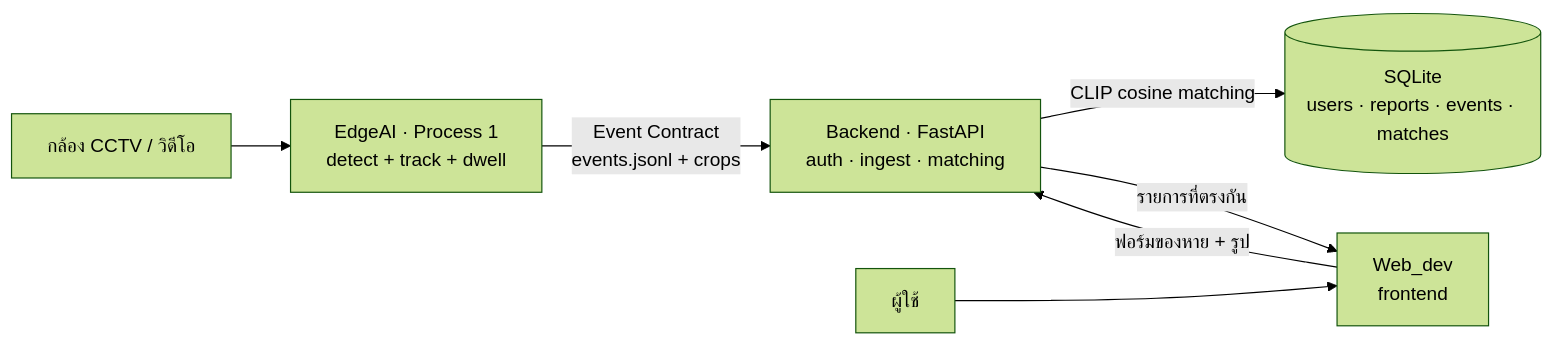
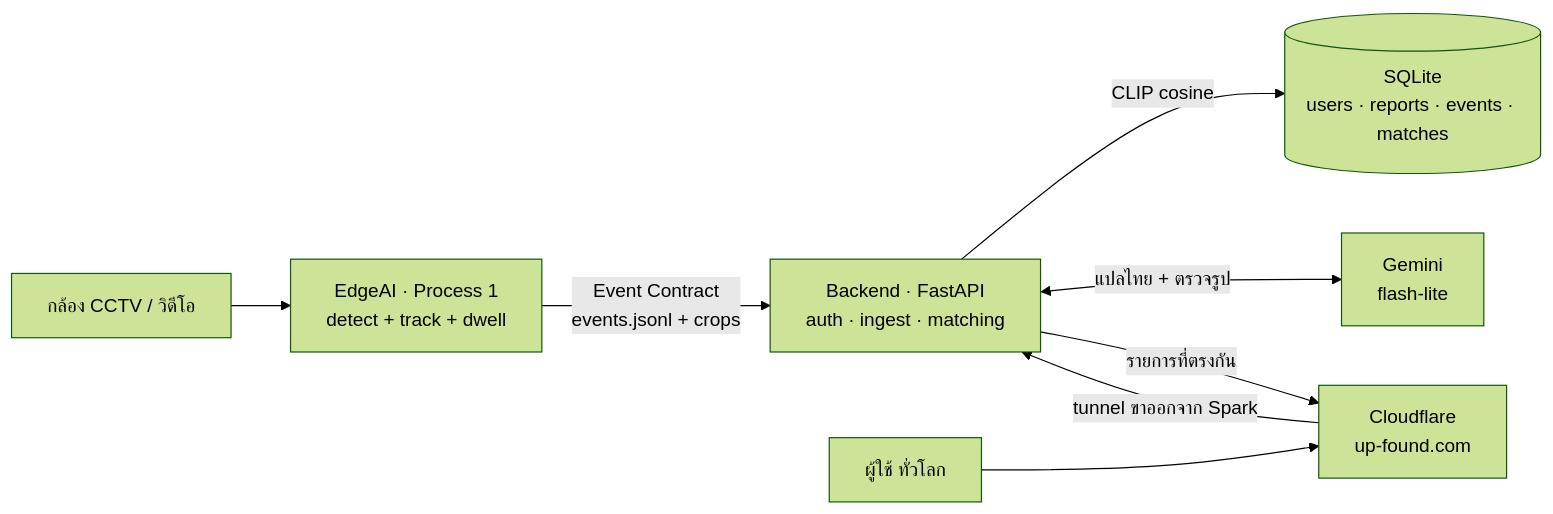
The diagram in README.md (Calculuszz/UpFound), drawn with Mermaid (forest theme) before and after one commit. The commit also changed other lines of this file, not shown here.

First line of the commit message:
Update README for the public deploy and the matching rework

````diff
--- a/README.md
+++ b/README.md
@@ -11,9 +15,10 @@
 ```mermaid
 flowchart LR
   cam[กล้อง CCTV / วิดีโอ] --> edge[EdgeAI · Process 1<br/>detect + track + dwell]
   edge -->|Event Contract<br/>events.jsonl + crops| backend[Backend · FastAPI<br/>auth · ingest · matching]
-  user[ผู้ใช้] --> web[Web_dev<br/>frontend]
-  web -->|ฟอร์มของหาย + รูป| backend
-  backend -->|CLIP cosine matching| db[(SQLite<br/>users · reports · events · matches)]
-  backend -->|รายการที่ตรงกัน| web
+  user[ผู้ใช้ ทั่วโลก] --> cf[Cloudflare<br/>up-found.com]
+  cf -->|tunnel ขาออกจาก Spark| backend
+  backend -->|CLIP cosine| db[(SQLite<br/>users · reports · events · matches)]
+  backend <-->|แปลไทย + ตรวจรูป| gem[Gemini<br/>flash-lite]
+  backend -->|รายการที่ตรงกัน| cf
 ```
````
